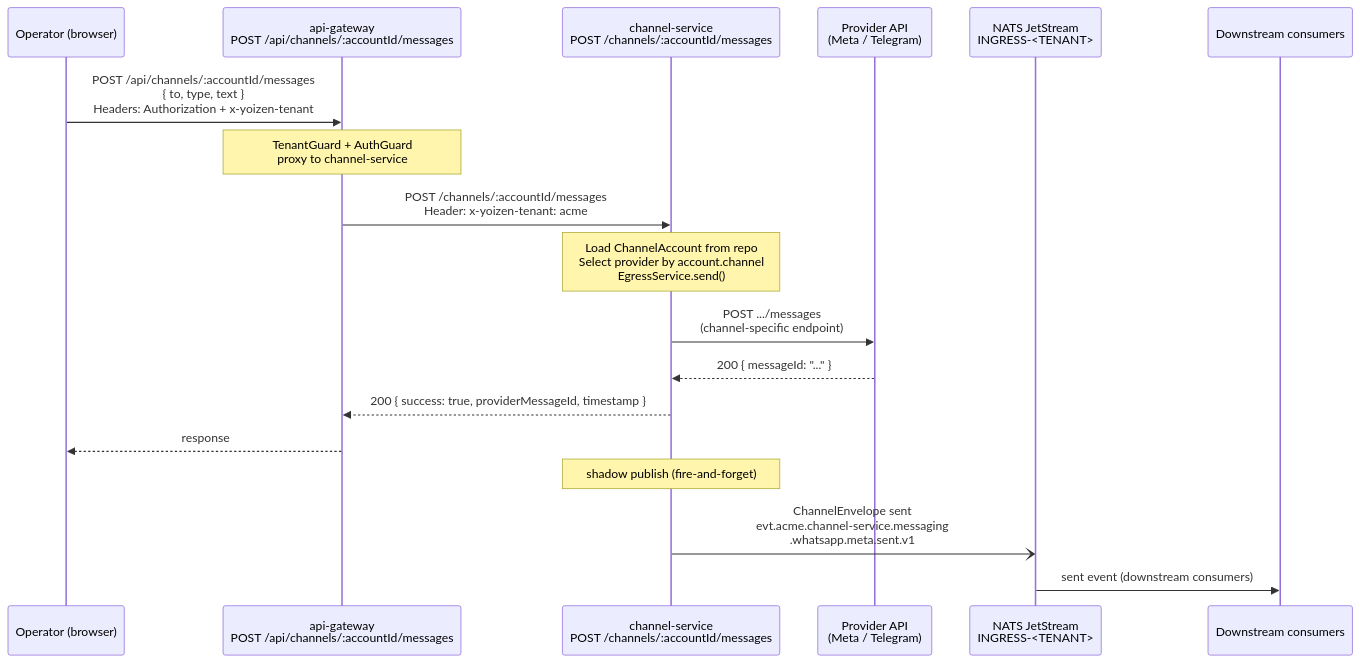
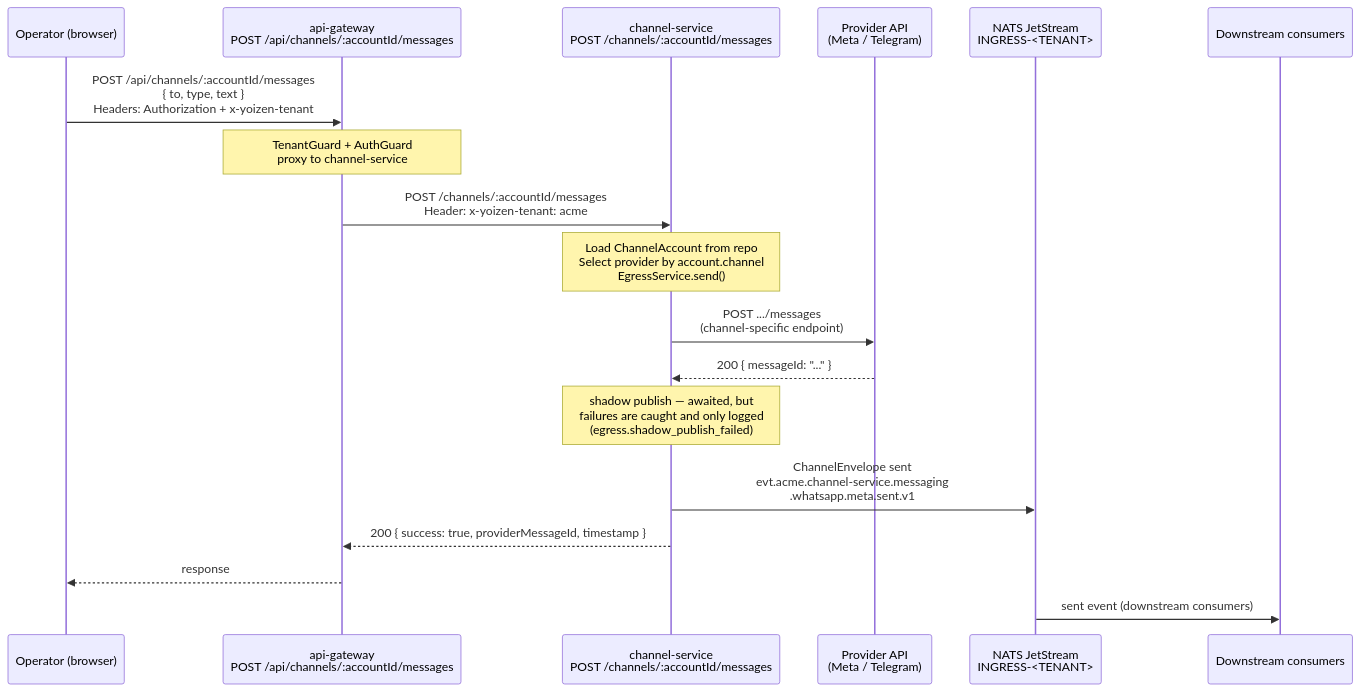
The third of 4 diagrams in DOCS/channels/channel-service.md (ccarnero/colloqui), drawn with Mermaid before and after one commit. The commit also changed other lines of this file and 26 other files, not shown here.

````diff
--- a/DOCS/channels/channel-service.md
+++ b/DOCS/channels/channel-service.md
@@ -337,28 +396,28 @@
 ```mermaid
 sequenceDiagram
     participant Op as Operator (browser)
     participant GW as api-gateway<br/>POST /api/channels/:accountId/messages
     participant CS as channel-service<br/>POST /channels/:accountId/messages
     participant Provider as Provider API<br/>(Meta / Telegram)
     participant JS as NATS JetStream<br/>INGRESS-<TENANT>
     participant Down as Downstream consumers
 
     Op->>GW: POST /api/channels/:accountId/messages<br/>{ to, type, text }<br/>Headers: Authorization + x-yoizen-tenant
 
     Note over GW: TenantGuard + AuthGuard<br/>proxy to channel-service
 
     GW->>CS: POST /channels/:accountId/messages<br/>Header: x-yoizen-tenant: acme
 
     Note over CS: Load ChannelAccount from repo<br/>Select provider by account.channel<br/>EgressService.send()
 
     CS->>Provider: POST .../messages<br/>(channel-specific endpoint)
     Provider-->>CS: 200 { messageId: "..." }
 
+    Note over CS: shadow publish — awaited, but<br/>failures are caught and only logged<br/>(egress.shadow_publish_failed)
+    CS->>JS: ChannelEnvelope sent<br/>evt.acme.channel-service.messaging<br/>.whatsapp.meta.sent.v1
+
     CS-->>GW: 200 { success: true, providerMessageId, timestamp }
     GW-->>Op: response
 
-    Note over CS: shadow publish (fire-and-forget)
-    CS-)JS: ChannelEnvelope sent<br/>evt.acme.channel-service.messaging<br/>.whatsapp.meta.sent.v1
-
     JS->>Down: sent event (downstream consumers)
 ```
````
